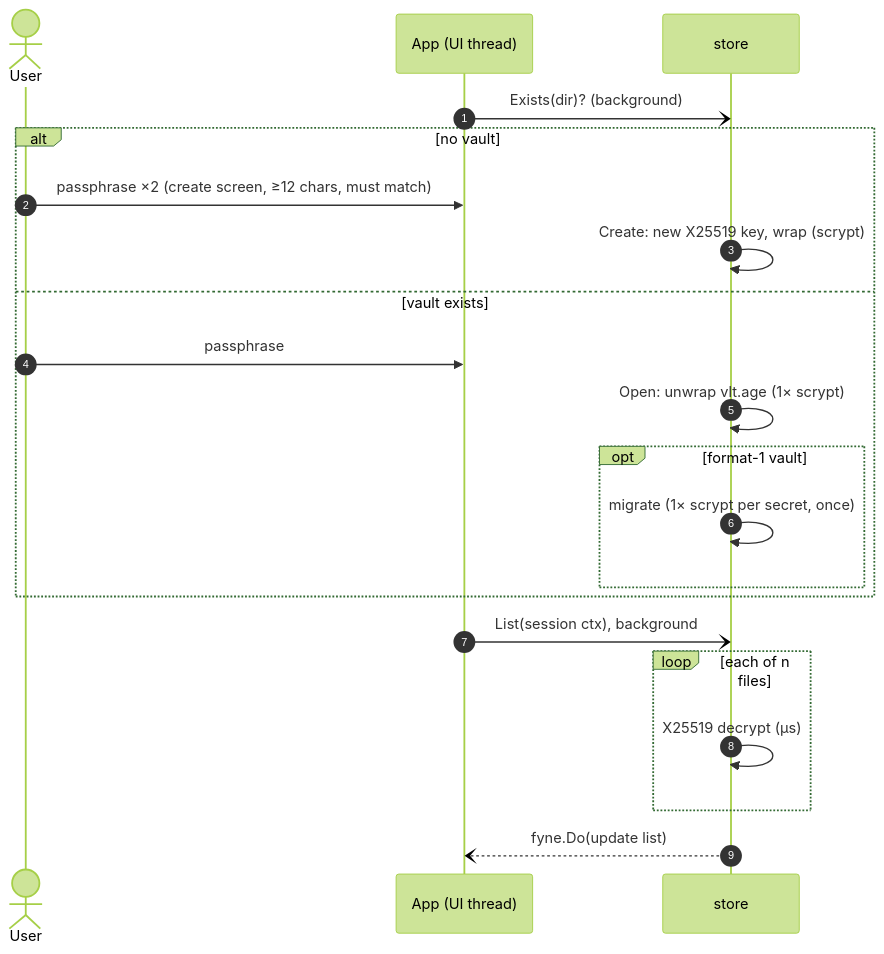
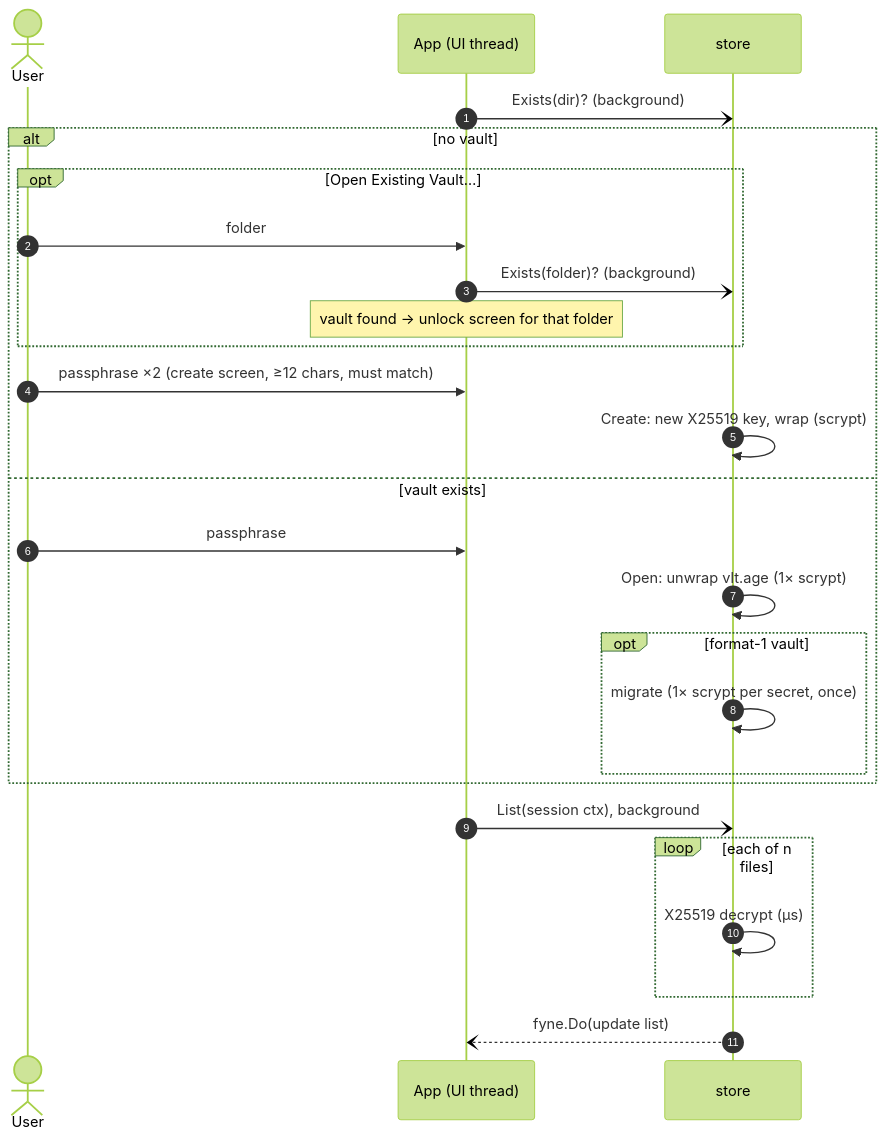
Before and after one commit to heyjdp/vlt: the diagram in vault-vlt/Architecture/Unlock Flow.md, drawn with Mermaid (forest theme). The commit also changed other lines of this file and 13 other files, not shown here.

First line of the commit message:
feat(ui): open an existing vault from the create screen (F17)

````diff
--- a/vault-vlt/Architecture/Unlock Flow.md
+++ b/vault-vlt/Architecture/Unlock Flow.md
@@ -15,23 +17,28 @@
 ```mermaid
 sequenceDiagram
     autonumber
     actor User
     participant A as App (UI thread)
     participant S as store
     A-)S: Exists(dir)? (background)
     alt no vault
+        opt Open Existing Vault…
+            User->>A: folder
+            A-)S: Exists(folder)? (background)
+            Note over A: vault found → unlock screen for that folder
+        end
         User->>A: passphrase ×2 (create screen, ≥12 chars, must match)
         S->>S: Create: new X25519 key, wrap (scrypt)
     else vault exists
         User->>A: passphrase
         S->>S: Open: unwrap vlt.age (1× scrypt)
         opt format-1 vault
             S->>S: migrate (1× scrypt per secret, once)
         end
     end
     A-)S: List(session ctx), background
     loop each of n files
         S->>S: X25519 decrypt (µs)
     end
     S--)A: fyne.Do(update list)
 ```
````
